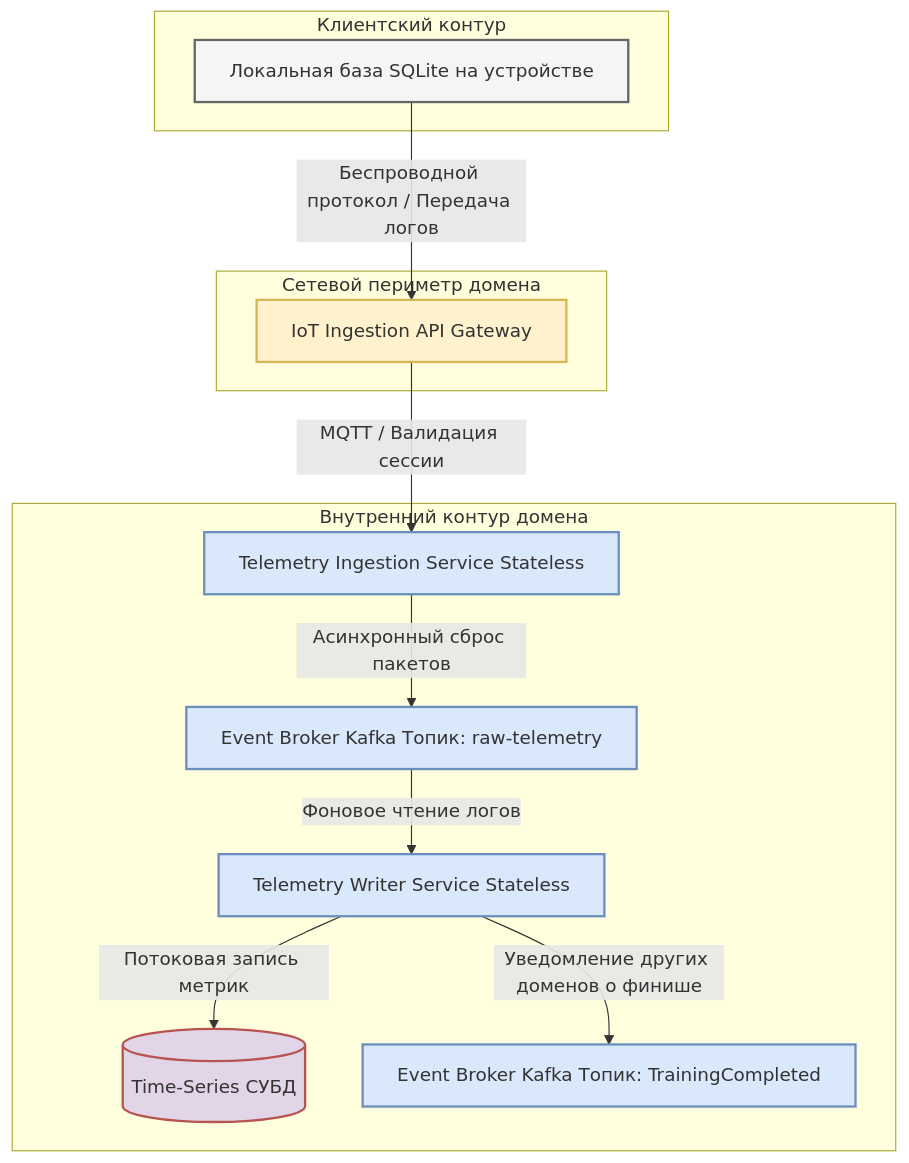
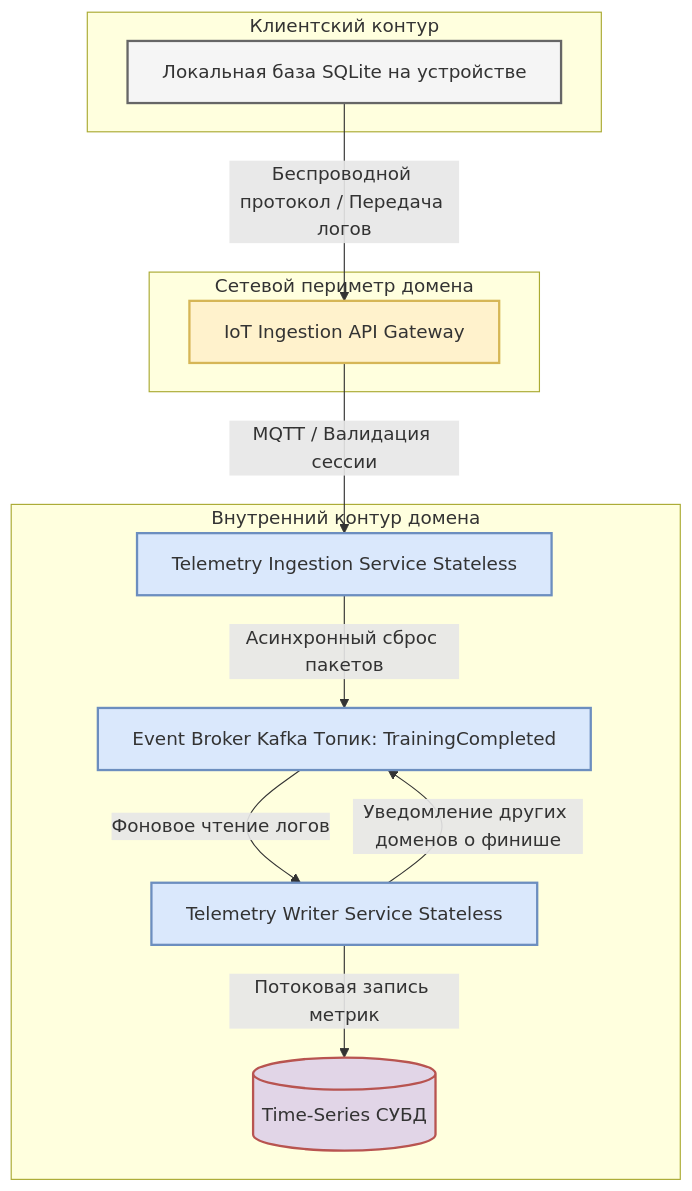
One commit to Maksim-Burning-Inside/Sports-app-architecture changed the first of 5 diagrams in stage-2-planning/13-component-architecture.md. Above: the diagram before and after it, drawn with Mermaid.

````diff
--- a/stage-2-planning/13-component-architecture.md
+++ b/stage-2-planning/13-component-architecture.md
@@ -15,33 +15,32 @@
 ```mermaid
 %%{init: {"flowchart": {"htmlLabels": true, "wrappingWidth": 500}, "themeCSS": ".edgeLabel foreignObject { overflow: visible; !important } .edgeLabel span { white-space: normal; !important; display: block; max-width: 500px; }"}}%%
 graph TD
     %% Описание стилей для красивого отображения
     classDef perimeter fill:#fff2cc,stroke:#d6b656,stroke-width:2px;
     classDef internal fill:#dae8fc,stroke:#6c8ebf,stroke-width:2px;
     classDef db fill:#e1d5e7,stroke:#b85450,stroke-width:2px;
     classDef client fill:#f5f5f5,stroke:#666666,stroke-width:2px;
 
     subgraph Клиентский контур
         A[Локальная база SQLite на устройстве]:::client
     end
 
     subgraph Сетевой периметр домена
         B[IoT Ingestion API Gateway]:::perimeter
     end
 
     subgraph Внутренний контур домена
         C[Telemetry Ingestion Service Stateless]:::internal
-        D[Event Broker Kafka Топик: raw-telemetry]:::internal
+        D[Event Broker Kafka Топик: TrainingCompleted]:::internal
         E[Telemetry Writer Service Stateless]:::internal
         F[(Time-Series СУБД)]:::db
-        G[Event Broker Kafka Топик: TrainingCompleted]:::internal
     end
 
     %% Направление движения потока данных
     A -->|Беспроводной протокол / Передача логов| B
     B -->|MQTT / Валидация сессии| C
     C -->|Асинхронный сброс пакетов| D
     D -->|Фоновое чтение логов| E
     E -->|Потоковая запись метрик| F
-    E -->|Уведомление других доменов о финише| G
+    E -->|Уведомление других доменов о финише| D
 ```
````
